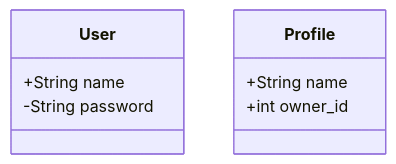
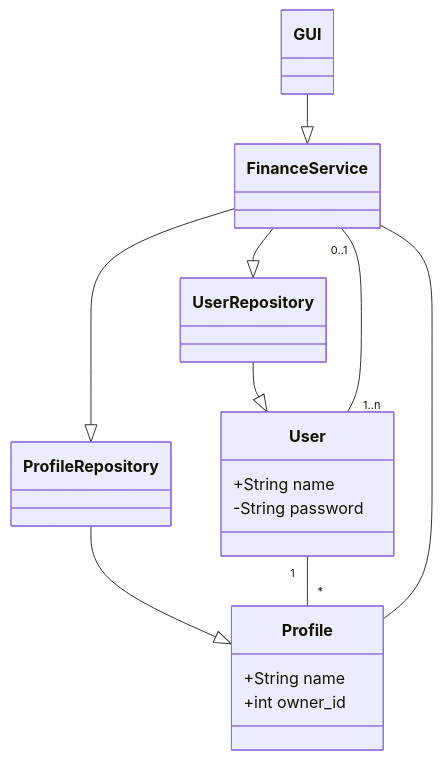
One commit to mpajuka/finanssit changed the diagram in dokumentaatio/arkkitehtuuri.md. Above: the diagram before and after it, drawn with Mermaid.

````diff
--- a/dokumentaatio/arkkitehtuuri.md
+++ b/dokumentaatio/arkkitehtuuri.md
@@ -3,13 +3,21 @@
 ```mermaid
 classDiagram
-    gui
+    GUI --|> FinanceService
+    FinanceService --|> ProfileRepository
+    FinanceService --|> UserRepository
+    UserRepository --|> User
+    ProfileRepository --|> Profile
+    Profile -- FinanceService
+    User "1" -- "*" Profile
+    FinanceService "0..1" -- "1..n" User
+
     class User {
         +String name
         -String password
     }
     class Profile {
         +String name
         +int owner_id
     }
 
 ```
````
